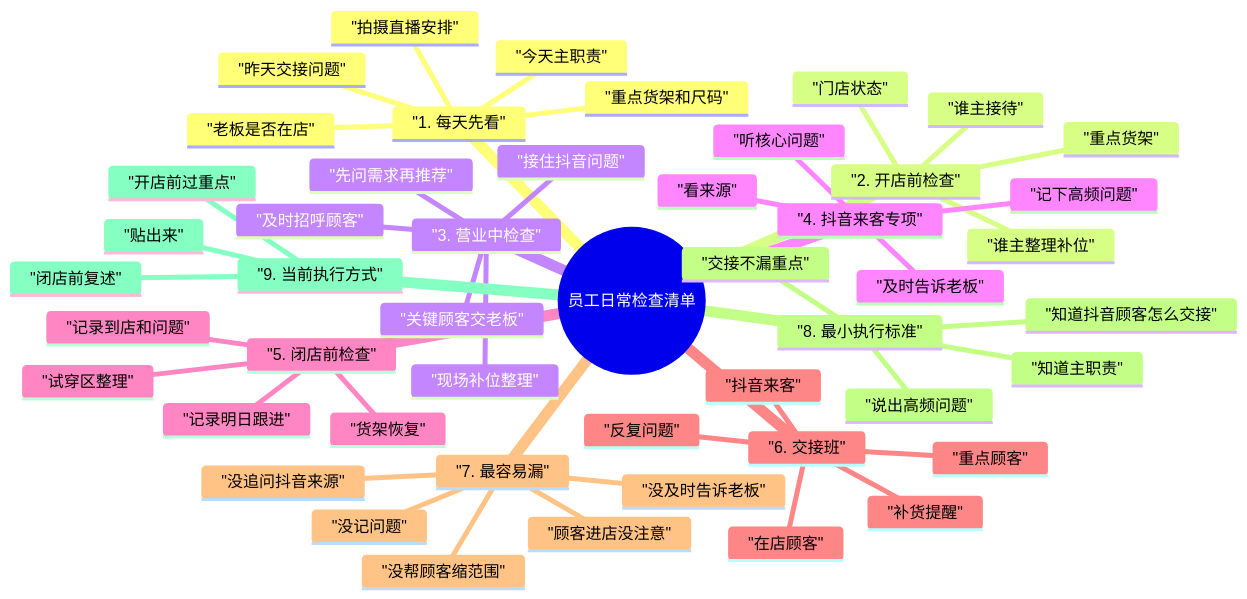
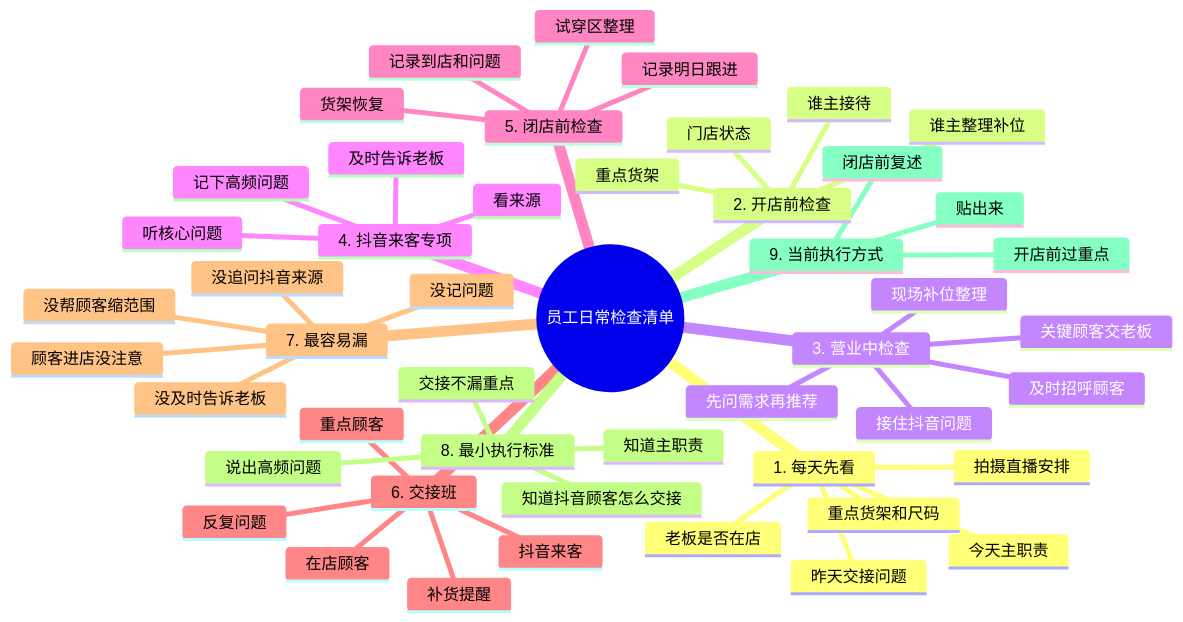
One commit to lizhihui0215/Black-Tonny changed the diagram in mindmaps/11-员工日常检查清单-mindmap.md. Above: the diagram before and after it, drawn with Mermaid. The commit also changed 29 other files, not shown here.

Commit message:
docs: fix mermaid mindmaps and add xmind exports

````diff
--- a/mindmaps/11-员工日常检查清单-mindmap.md
+++ b/mindmaps/11-员工日常检查清单-mindmap.md
@@ -3,52 +3,52 @@
 ```mermaid
 mindmap
-  root(("员工日常检查清单"))
-    "1. 每天先看"
-      "今天主职责"
-      "老板是否在店"
-      "拍摄直播安排"
-      "重点货架和尺码"
-      "昨天交接问题"
-    "2. 开店前检查"
-      "门店状态"
-      "重点货架"
-      "谁主接待"
-      "谁主整理补位"
-    "3. 营业中检查"
-      "及时招呼顾客"
-      "先问需求再推荐"
-      "接住抖音问题"
-      "关键顾客交老板"
-      "现场补位整理"
-    "4. 抖音来客专项"
-      "看来源"
-      "听核心问题"
-      "及时告诉老板"
-      "记下高频问题"
-    "5. 闭店前检查"
-      "货架恢复"
-      "试穿区整理"
-      "记录到店和问题"
-      "记录明日跟进"
-    "6. 交接班"
-      "在店顾客"
-      "抖音来客"
-      "反复问题"
-      "补货提醒"
-      "重点顾客"
-    "7. 最容易漏"
-      "没追问抖音来源"
-      "没帮顾客缩范围"
-      "没记问题"
-      "顾客进店没注意"
-      "没及时告诉老板"
-    "8. 最小执行标准"
-      "知道主职责"
-      "知道抖音顾客怎么交接"
-      "说出高频问题"
-      "交接不漏重点"
-    "9. 当前执行方式"
-      "贴出来"
-      "开店前过重点"
-      "闭店前复述"
+  root((员工日常检查清单))
+    1. 每天先看
+      今天主职责
+      老板是否在店
+      拍摄直播安排
+      重点货架和尺码
+      昨天交接问题
+    2. 开店前检查
+      门店状态
+      重点货架
+      谁主接待
+      谁主整理补位
+    3. 营业中检查
+      及时招呼顾客
+      先问需求再推荐
+      接住抖音问题
+      关键顾客交老板
+      现场补位整理
+    4. 抖音来客专项
+      看来源
+      听核心问题
+      及时告诉老板
+      记下高频问题
+    5. 闭店前检查
+      货架恢复
+      试穿区整理
+      记录到店和问题
+      记录明日跟进
+    6. 交接班
+      在店顾客
+      抖音来客
+      反复问题
+      补货提醒
+      重点顾客
+    7. 最容易漏
+      没追问抖音来源
+      没帮顾客缩范围
+      没记问题
+      顾客进店没注意
+      没及时告诉老板
+    8. 最小执行标准
+      知道主职责
+      知道抖音顾客怎么交接
+      说出高频问题
+      交接不漏重点
+    9. 当前执行方式
+      贴出来
+      开店前过重点
+      闭店前复述
 ```
````
